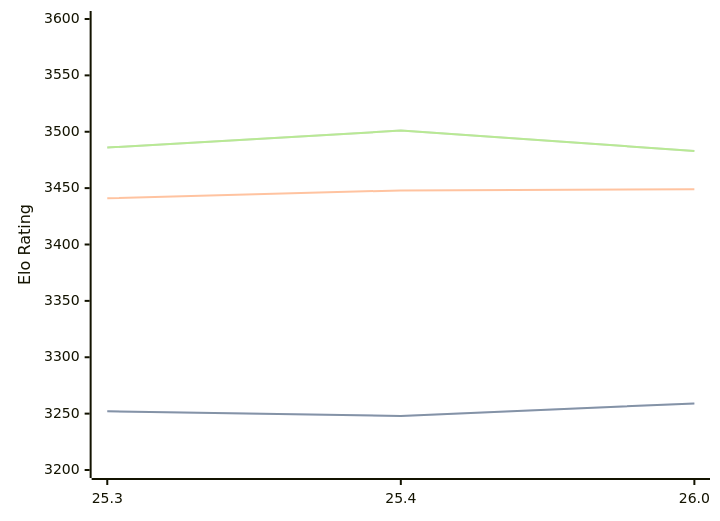
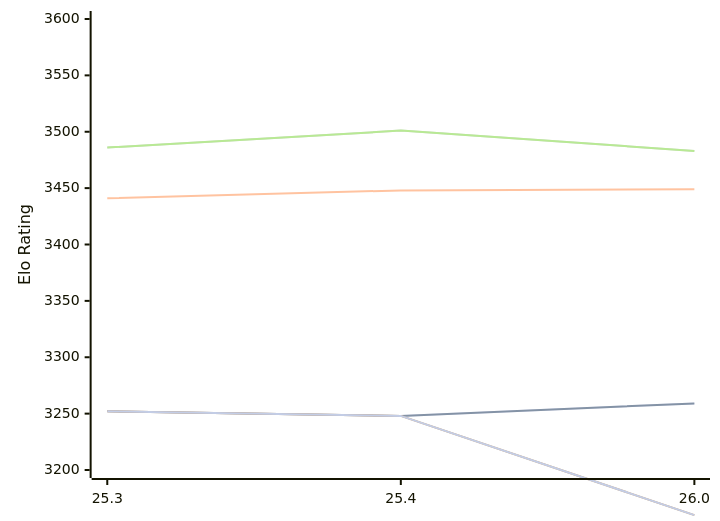
The diagram in engines/Arasan.md (computer-chess-index/cci), drawn with Mermaid before and after one commit. The commit also changed other lines of this file, not shown here.

Commit message:
Update CCI Ratings (ELO VLTC) - 2026-10-11

````diff
--- a/engines/Arasan.md
+++ b/engines/Arasan.md
@@ -49,16 +49,13 @@
 ```mermaid
 %%{init: {"theme":"base","themeVariables":{"seriesColors:['#a3a3a3','#222221','#faa371']}}}%%
 xychart-beta
   x-axis ["25.3", "25.4", "26.0"]
   y-axis "Elo Rating" 3200 --> 3600
   line "" [3252, 3248, 3259]
   line "T1: STC (8.0+0.08s)" [3252, 3248, 3259]
   line "T1: LTC (60.0+0.60s)" [3441, 3448, 3449]
   line "" [3486, 3501, 3483]
   line "T1: VLTC (2m24s+1.12s)" [3486, 3501, 3483]
-  line "" [3152]
-  line "E1: STC (8.0+0.08s)" [3152]
-  line "E1: LTC (60.0+0.60s)" [3418]
-  line "" [3445]
-  line "E1: VLTC (2m24s+1.12s)" [3445]
+  line "" [3252, 3248,3160]
+  line "E1: STC (8.0+0.08s)" [3252, 3248,3160]
 ```
````
